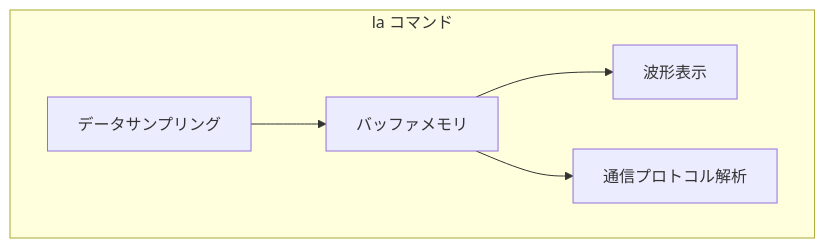
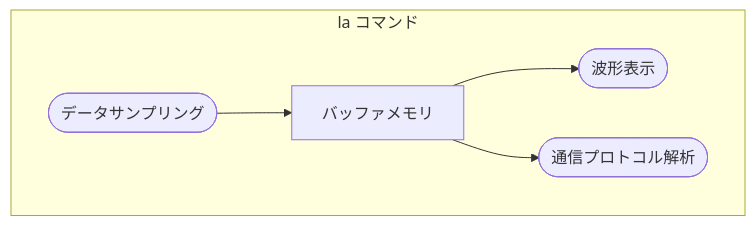
The diagram in articles/2025-09-08-labo-la.md (ypsitau/zenn), drawn with Mermaid before and after one commit.

Commit message:
updating articles

````diff
--- a/articles/2025-09-08-labo-la.md
+++ b/articles/2025-09-08-labo-la.md
@@ -36,10 +36,10 @@
 ```mermaid
 flowchart
   direction LR
   subgraph la[la コマンド]
     direction LR
-    data-sampling[データサンプリング] --> memory[バッファメモリ]
-    memory --> waveform[波形表示]
-    memory --> analysis[通信プロトコル解析]
+    data-sampling([データサンプリング]) --> memory[バッファメモリ]
+    memory --> waveform([波形表示])
+    memory --> analysis([通信プロトコル解析])
   end
 ```
````
